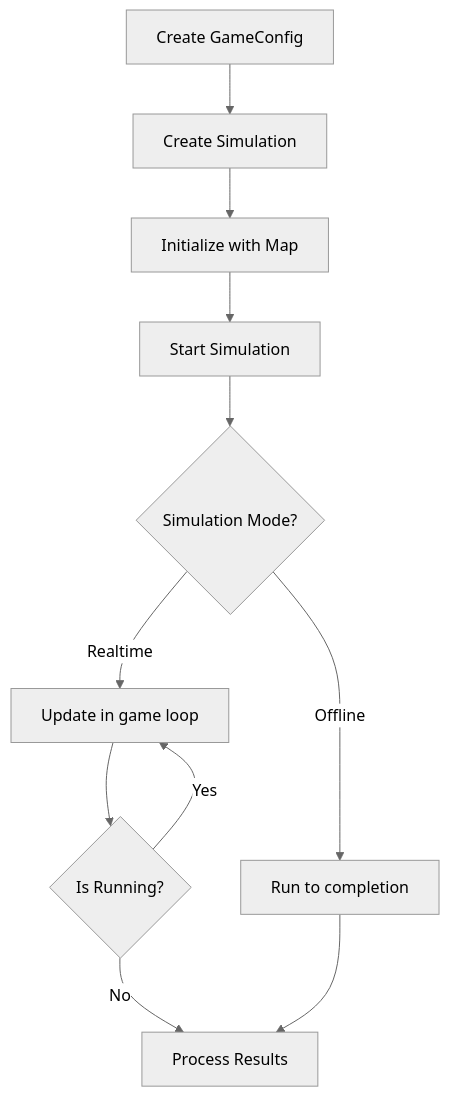
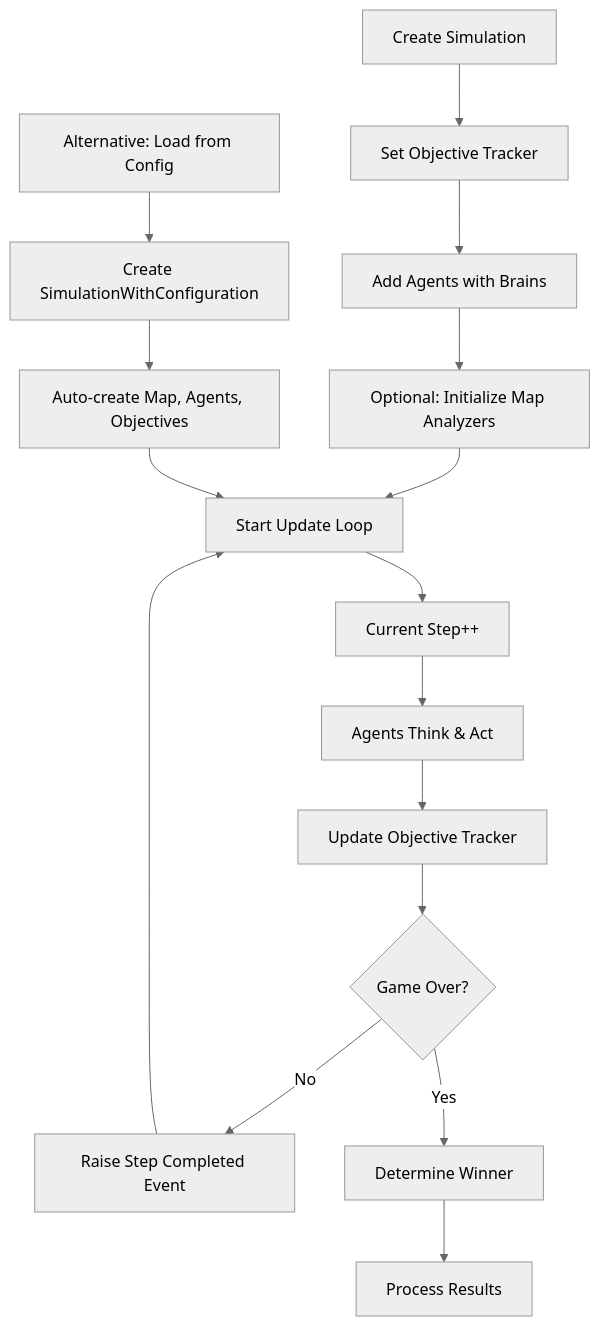
Before and after one commit to arbyun/Simulation-Toolkit-AI: the second of 2 diagrams in README.md, drawn with Mermaid (neutral theme). The commit also changed other lines of this file, not shown here.

````diff
--- a/README.md
+++ b/README.md
@@ -323,13 +317,19 @@
 ```mermaid
 flowchart TD
-    A[Create GameConfig] --> B[Create Simulation]
-    B --> C[Initialize with Map]
-    C --> D[Start Simulation]
-    D --> E{Simulation Mode?}
-    E -->|Offline| F[Run to completion]
-    E -->|Realtime| G[Update in game loop]
-    G --> H{Is Running?}
-    H -->|Yes| G
-    H -->|No| I[Process Results]
-    F --> I
+    A[Create Simulation] --> B[Set Objective Tracker]
+    B --> C[Add Agents with Brains]
+    C --> D[Optional: Initialize Map Analyzers]
+    D --> E[Start Update Loop]
+    E --> F[Current Step++]
+    F --> G[Agents Think & Act]
+    G --> H[Update Objective Tracker]
+    H --> I{Game Over?}
+    I -->|No| J[Raise Step Completed Event]
+    J --> E
+    I -->|Yes| K[Determine Winner]
+    K --> L[Process Results]
+    
+    M[Alternative: Load from Config] --> N[Create SimulationWithConfiguration]
+    N --> O[Auto-create Map, Agents, Objectives]
+    O --> E
 ```
````
